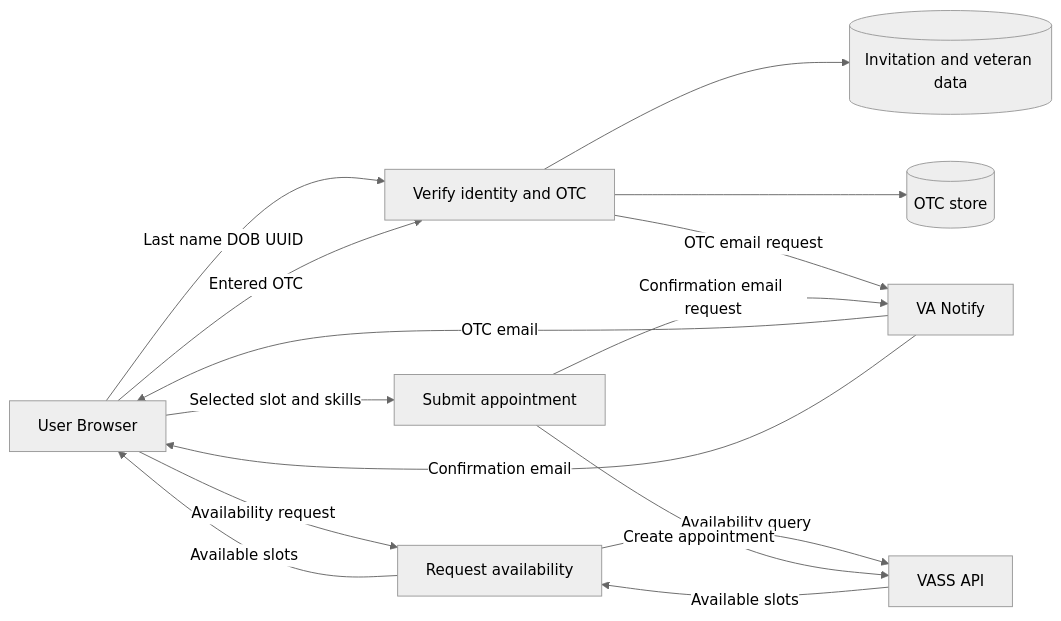
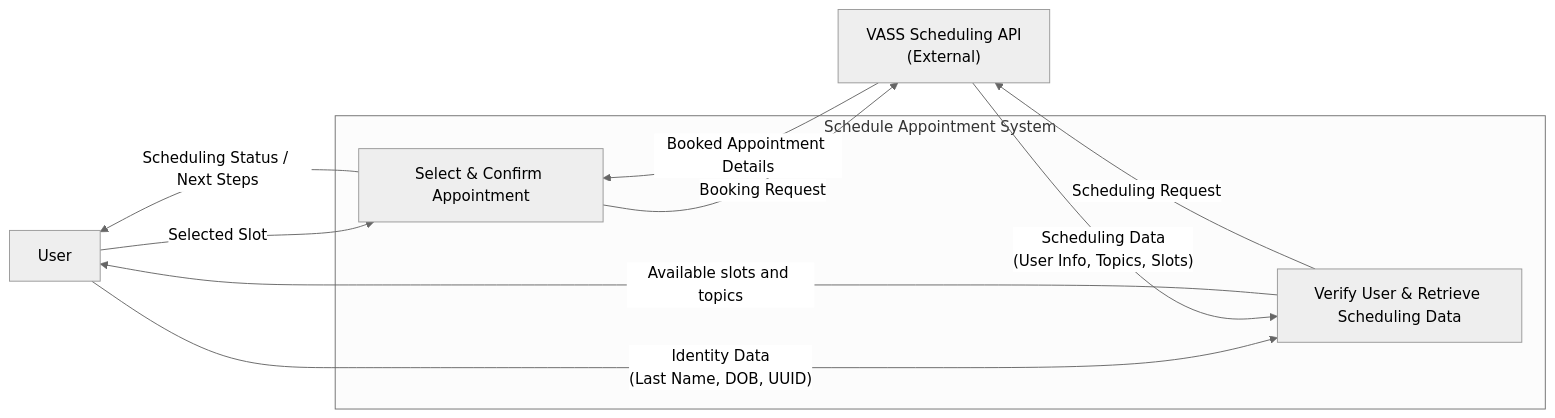
One commit to department-of-veterans-affairs/va.gov-team changed the second of 4 diagrams in products/health-care/appointments/va-online-scheduling/initiatives/solid-start-scheduling/engineering/data-flow-diagram.md. Above: the diagram before and after it, drawn with Mermaid (neutral theme). The commit also changed other lines of this file, not shown here.

````diff
--- a/products/health-care/appointments/va-online-scheduling/initiatives/solid-start-scheduling/engineering/data-flow-diagram.md
+++ b/products/health-care/appointments/va-online-scheduling/initiatives/solid-start-scheduling/engineering/data-flow-diagram.md
@@ -14,33 +14,16 @@
 ```mermaid
-flowchart LR
-    User["User Browser"]
-    VASSAPI["VASS API"]
-    VANotify["VA Notify"]
-
-    P1["Verify identity and OTC"]
-    P2["Request availability"]
-    P3["Submit appointment"]
-
-    D1[("Invitation and veteran data")]
-    D2[("OTC store")]
-
-    User -->|Last name DOB UUID| P1
-    P1 --> D1
-    P1 --> D2
-    P1 -->|OTC email request| VANotify
-    VANotify -->|OTC email| User
-    User -->|Entered OTC| P1
-
-    User -->|Availability request| P2
-    P2 -->|Availability query| VASSAPI
-    VASSAPI -->|Available slots| P2
-    P2 -->|Available slots| User
-
-    User -->|Selected slot and skills| P3
-    P3 -->|Create appointment| VASSAPI
-    P3 -->|Confirmation email request| VANotify
-    VANotify -->|Confirmation email| User
-
-
+flowchart RL
+ subgraph Scheduling_System["Schedule Appointment System"]
+        P1["Verify User & Retrieve Scheduling Data"]
+        P2["Select & Confirm Appointment"]
+  end
+    User["User"] -- Identity Data<br>(Last Name, DOB, UUID) --> P1
+    P1 -- Scheduling Request --> VASS["VASS Scheduling API<br>(External)"]
+    VASS -- Scheduling Data<br>(User Info, Topics, Slots) --> P1
+    P1 -- Available slots and topics --> User
+    User -- Selected Slot --> P2
+    P2 -- Booking Request --> VASS
+    VASS -- Booked Appointment Details --> P2
+    P2 -- Scheduling Status / Next Steps --> User
 
 ```
````
